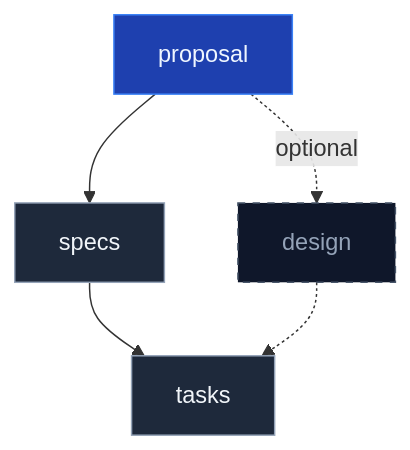
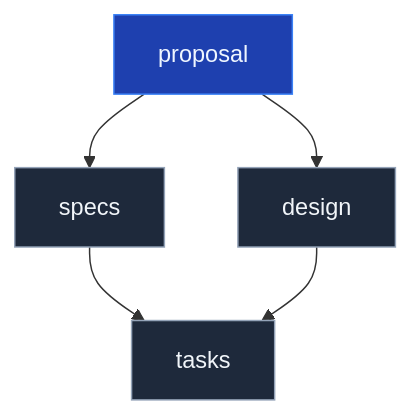
Before and after one commit to Gepardec/openspec-workshop: the diagram in slides/pages/02-phases-documents.md, drawn with Mermaid. The commit also changed other lines of this file and 3 other files, not shown here.

````diff
--- a/slides/pages/02-phases-documents.md
+++ b/slides/pages/02-phases-documents.md
@@ -91,12 +91,12 @@
 ```mermaid
 flowchart TD
     proposal --> specs
-    proposal -. optional .-> design
+    proposal --> design
     specs --> tasks
-    design -.-> tasks
+    design --> tasks
 
     style proposal fill:#1e40af,stroke:#3b82f6,color:#eff6ff
     style specs   fill:#1e293b,stroke:#94a3b8,color:#f1f5f9
     style tasks   fill:#1e293b,stroke:#94a3b8,color:#f1f5f9
-    style design  fill:#0f172a,stroke:#475569,color:#94a3b8,stroke-dasharray:5
+    style design  fill:#1e293b,stroke:#94a3b8,color:#f1f5f9
 ```
````
